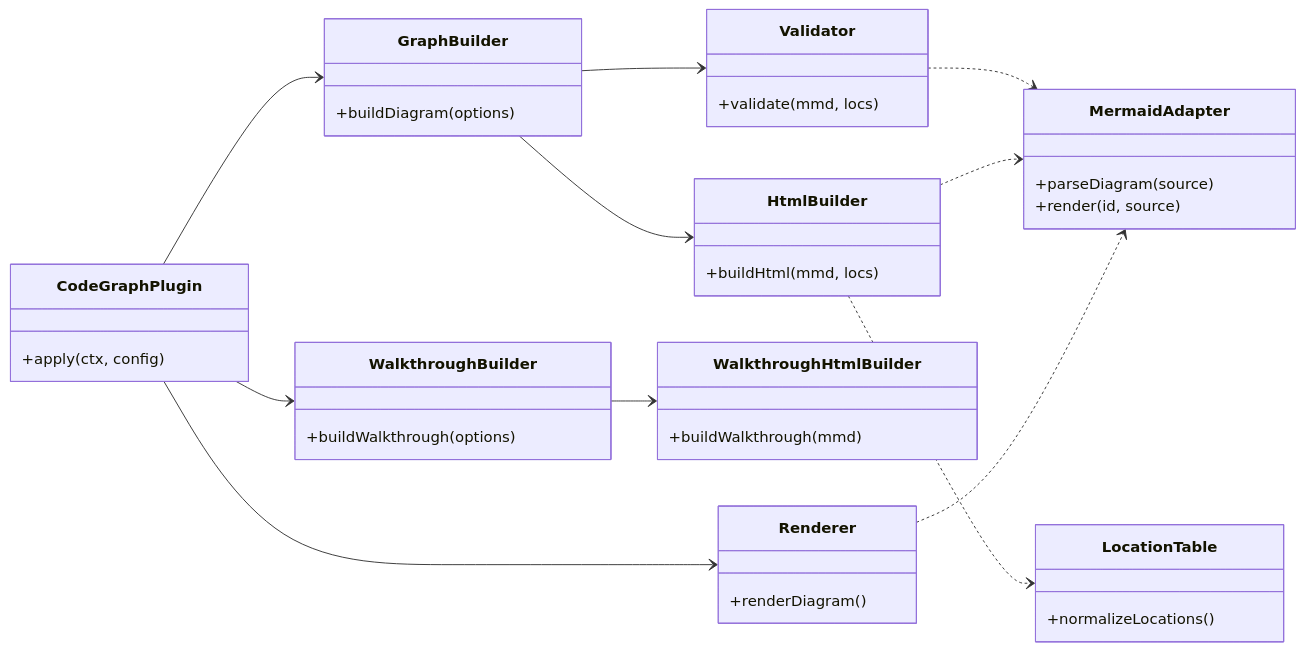
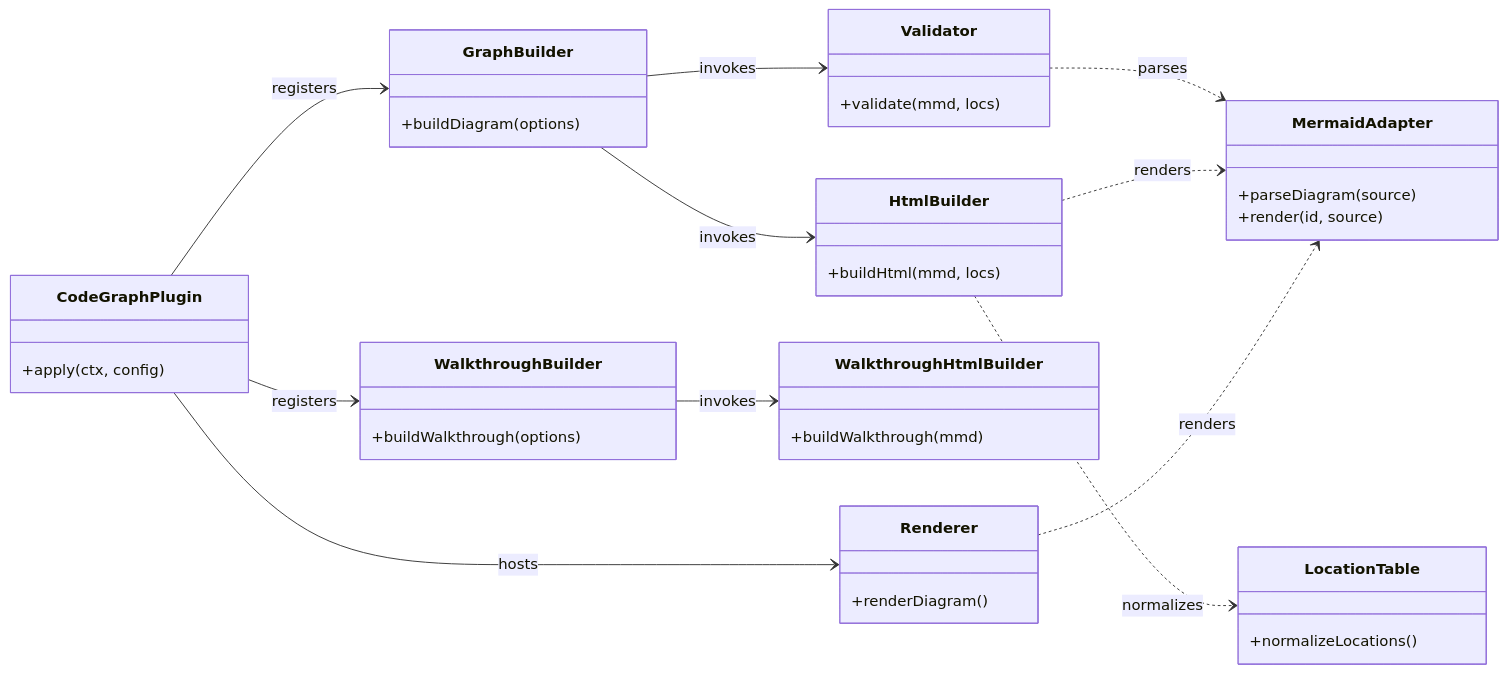
One commit to longbowzz/CodeGraph changed the diagram in skills/codegraph/examples/class-diagram/graph.mmd. Above: the diagram before and after it, drawn with Mermaid. The commit also changed 7 other files, not shown here.

```diff
--- a/skills/codegraph/examples/class-diagram/graph.mmd
+++ b/skills/codegraph/examples/class-diagram/graph.mmd
@@ -1,41 +1,41 @@
 classDiagram
   direction LR
   class CodeGraphPlugin {
     +apply(ctx, config)
   }
   class GraphBuilder {
     +buildDiagram(options)
   }
   class WalkthroughBuilder {
     +buildWalkthrough(options)
   }
   class Validator {
     +validate(mmd, locs)
   }
   class HtmlBuilder {
     +buildHtml(mmd, locs)
   }
   class WalkthroughHtmlBuilder {
     +buildWalkthrough(mmd)
   }
   class MermaidAdapter {
     +parseDiagram(source)
     +render(id, source)
   }
   class LocationTable {
     +normalizeLocations()
   }
   class Renderer {
     +renderDiagram()
   }
 
-  CodeGraphPlugin --> GraphBuilder
-  CodeGraphPlugin --> WalkthroughBuilder
-  CodeGraphPlugin --> Renderer
-  GraphBuilder --> Validator
-  GraphBuilder --> HtmlBuilder
-  WalkthroughBuilder --> WalkthroughHtmlBuilder
-  Validator ..> MermaidAdapter
-  HtmlBuilder ..> MermaidAdapter
-  HtmlBuilder ..> LocationTable
-  Renderer ..> MermaidAdapter
+  CodeGraphPlugin --> GraphBuilder : registers
+  CodeGraphPlugin --> WalkthroughBuilder : registers
+  CodeGraphPlugin --> Renderer : hosts
+  GraphBuilder --> Validator : invokes
+  GraphBuilder --> HtmlBuilder : invokes
+  WalkthroughBuilder --> WalkthroughHtmlBuilder : invokes
+  Validator ..> MermaidAdapter : parses
+  HtmlBuilder ..> MermaidAdapter : renders
+  HtmlBuilder ..> LocationTable : normalizes
+  Renderer ..> MermaidAdapter : renders
```
